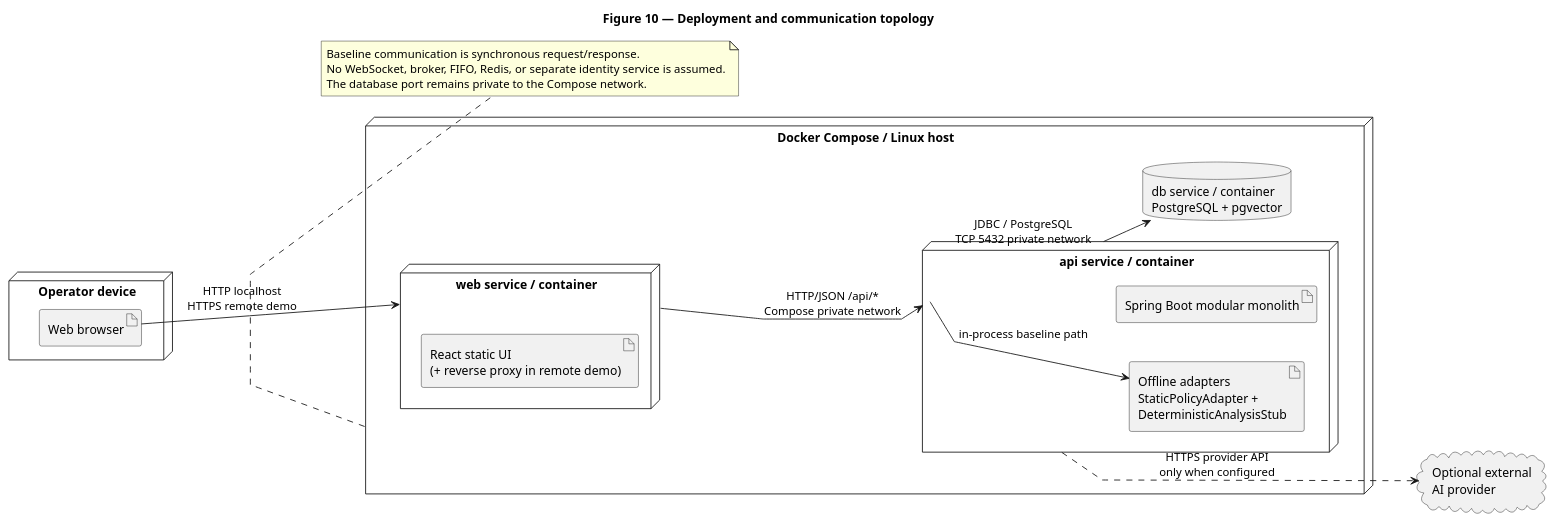
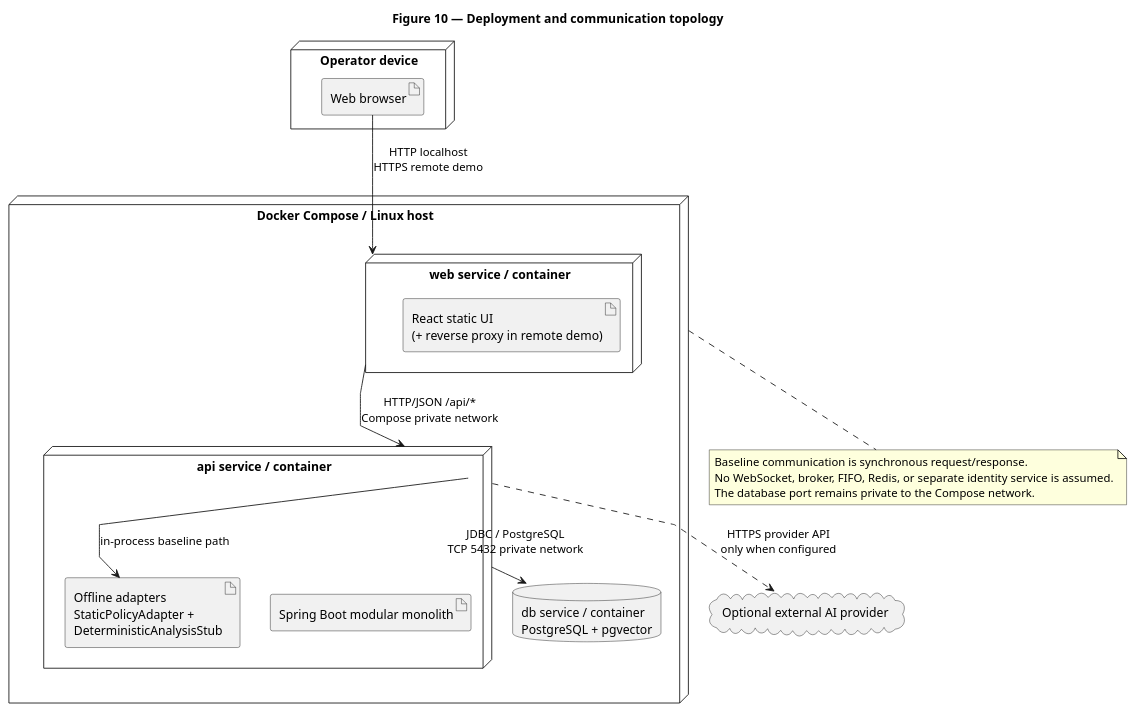
Before and after one commit to jdoe-dev-159753/specgraph-reference-app: the diagram in docs/assignment/SDD/diagrams/deployment-topology.puml, drawn with PlantUML.

Commit message:
docs: narrow deployment topology for GitHub viewport

```diff
--- a/docs/assignment/SDD/diagrams/deployment-topology.puml
+++ b/docs/assignment/SDD/diagrams/deployment-topology.puml
@@ -1,43 +1,42 @@
 @startuml
 title Figure 10 — Deployment and communication topology
-left to right direction
+top to bottom direction
 skinparam linetype polyline
-skinparam nodesep 45
-skinparam ranksep 55
+skinparam nodesep 35
+skinparam ranksep 45
 
 node "Operator device" as Device {
   artifact "Web browser" as Browser
 }
 
 node "Docker Compose / Linux host" as Host {
   node "web service / container" as Web {
     artifact "React static UI\n(+ reverse proxy in remote demo)" as React
   }
 
   node "api service / container" as Api {
     artifact "Spring Boot modular monolith" as Spring
     artifact "Offline adapters\nStaticPolicyAdapter +\nDeterministicAnalysisStub" as Offline
   }
 
   database "db service / container\nPostgreSQL + pgvector" as DB
 }
 
-cloud "Optional external\nAI provider" as Provider
+cloud "Optional external AI provider" as Provider
 
 Browser --> Web : HTTP localhost\nHTTPS remote demo
 Web --> Api : HTTP/JSON /api/*\nCompose private network
 Api --> DB : JDBC / PostgreSQL\nTCP 5432 private network
 Api ..> Provider : HTTPS provider API\nonly when configured
 Api --> Offline : in-process baseline path
 
-Browser -[hidden]-> React
-Web -[hidden]-> Api
-Api -[hidden]-> DB
-DB -[hidden]-> Provider
+Web -[hidden]down-> Api
+Api -[hidden]down-> DB
+DB -[hidden]right-> Provider
 
 note bottom of Host
   Baseline communication is synchronous request/response.
   No WebSocket, broker, FIFO, Redis, or separate identity service is assumed.
   The database port remains private to the Compose network.
 end note
 @enduml
```
